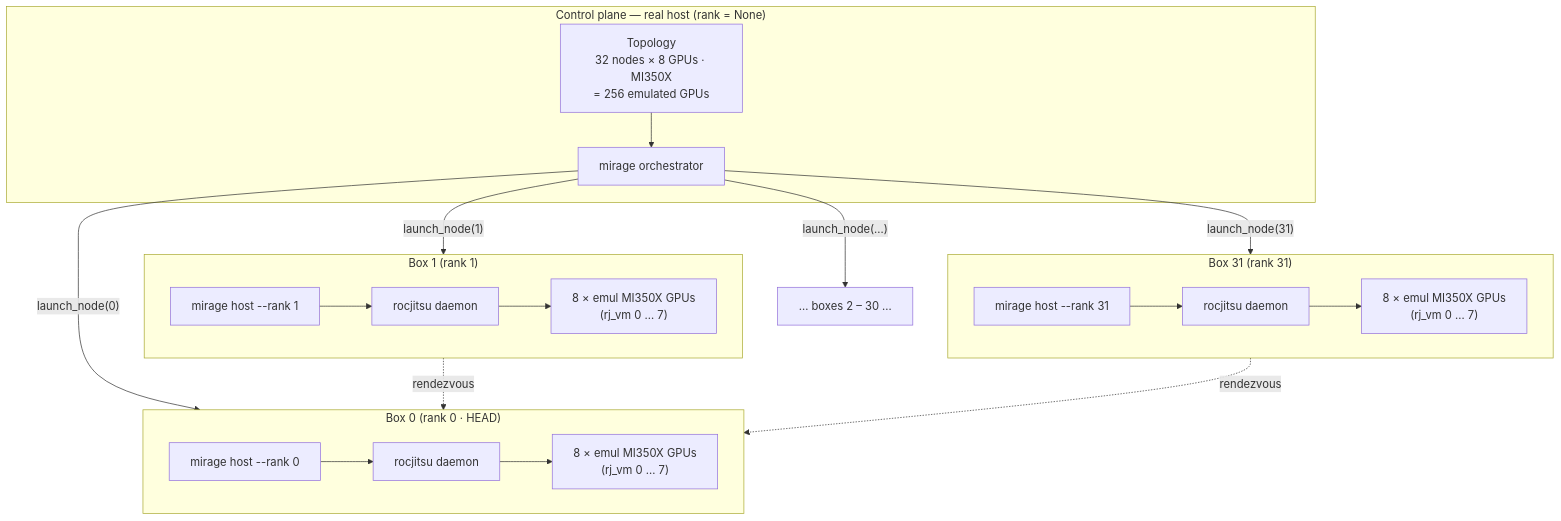
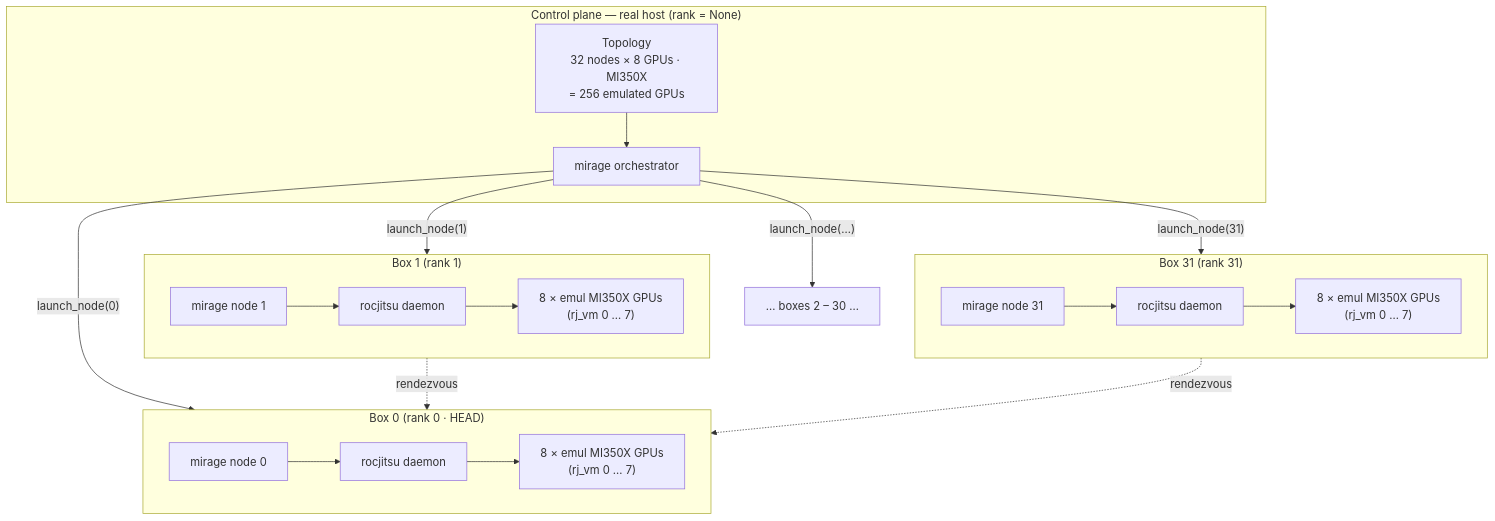
One commit to ROCm/rocm-systems changed the tenth of 15 diagrams in emulation/mirage/docs/demo-debugging-at-scale.md. Above: the diagram before and after it, drawn with Mermaid. The commit also changed other lines of this file and 7 other files, not shown here.

First line of the commit message:
docs(mirage): document the supervisor daemon and the reduced on-disk state

````diff
--- a/emulation/mirage/docs/demo-debugging-at-scale.md
+++ b/emulation/mirage/docs/demo-debugging-at-scale.md
@@ -346,29 +346,29 @@
 ```mermaid
 flowchart TB
     subgraph plane["Control plane — real host (rank = None)"]
       TOPO["Topology<br/>32 nodes × 8 GPUs · MI350X<br/>= 256 emulated GPUs"]
       ORCH["mirage orchestrator"]
       TOPO --> ORCH
     end
 
     ORCH -->|"launch_node(0)"| B0
     ORCH -->|"launch_node(1)"| B1
     ORCH -->|"launch_node(…)"| BE["… boxes 2 – 30 …"]
     ORCH -->|"launch_node(31)"| B31
 
     subgraph B0["Box 0 (rank 0 · HEAD)"]
-      H0["mirage host --rank 0"] --> D0["rocjitsu daemon"]
+      H0["mirage node 0"] --> D0["rocjitsu daemon"]
       D0 --> GG0["8 × emul MI350X GPUs<br/>(rj_vm 0 … 7)"]
     end
     subgraph B1["Box 1 (rank 1)"]
-      H1["mirage host --rank 1"] --> D1["rocjitsu daemon"]
+      H1["mirage node 1"] --> D1["rocjitsu daemon"]
       D1 --> GG1["8 × emul MI350X GPUs<br/>(rj_vm 0 … 7)"]
     end
     subgraph B31["Box 31 (rank 31)"]
-      H31["mirage host --rank 31"] --> D31["rocjitsu daemon"]
+      H31["mirage node 31"] --> D31["rocjitsu daemon"]
       D31 --> GG31["8 × emul MI350X GPUs<br/>(rj_vm 0 … 7)"]
     end
 
     B1 -. rendezvous .-> B0
     B31 -. rendezvous .-> B0
 ```
````
